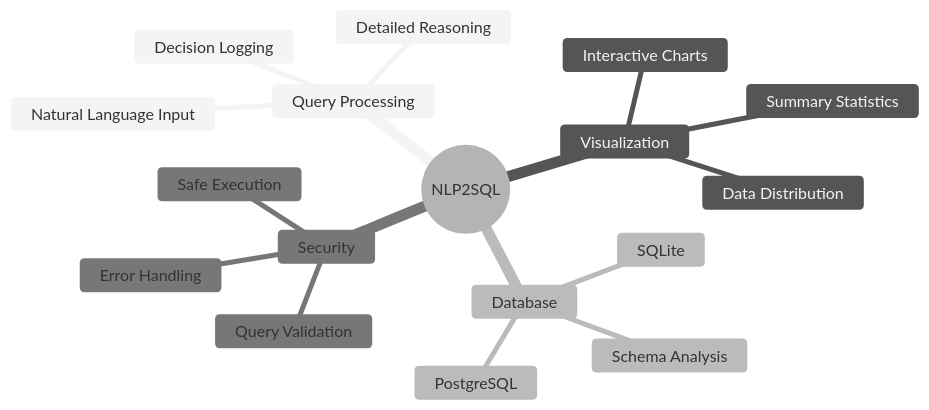
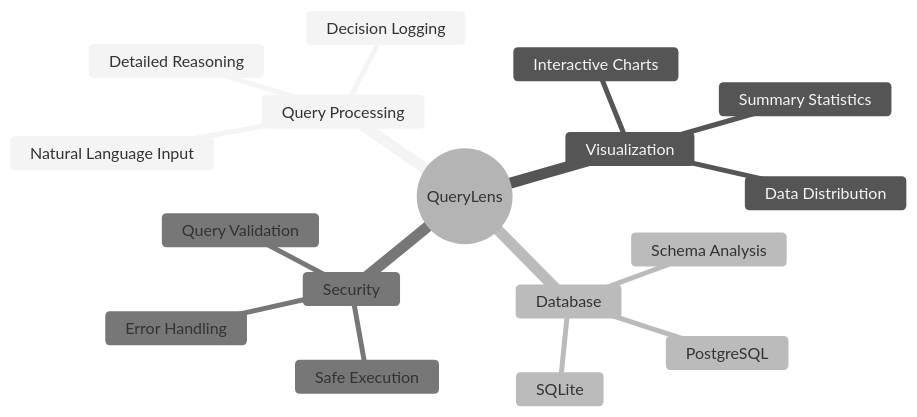
One commit to TheCodingSingh/QueryLens changed the second of 2 diagrams in README.md. Above: the diagram before and after it, drawn with Mermaid (neutral theme). The commit also changed other lines of this file and 8 other files, not shown here.

````diff
--- a/README.md
+++ b/README.md
@@ -132,20 +132,20 @@
 ```mermaid
 mindmap
-  root((NLP2SQL))
+  root((QueryLens))
     Query Processing
       Natural Language Input
       Decision Logging
       Detailed Reasoning
     Visualization
       Interactive Charts
       Summary Statistics
       Data Distribution
     Database
       PostgreSQL
       SQLite
       Schema Analysis
     Security
       Query Validation
       Error Handling
       Safe Execution
 ```
````
